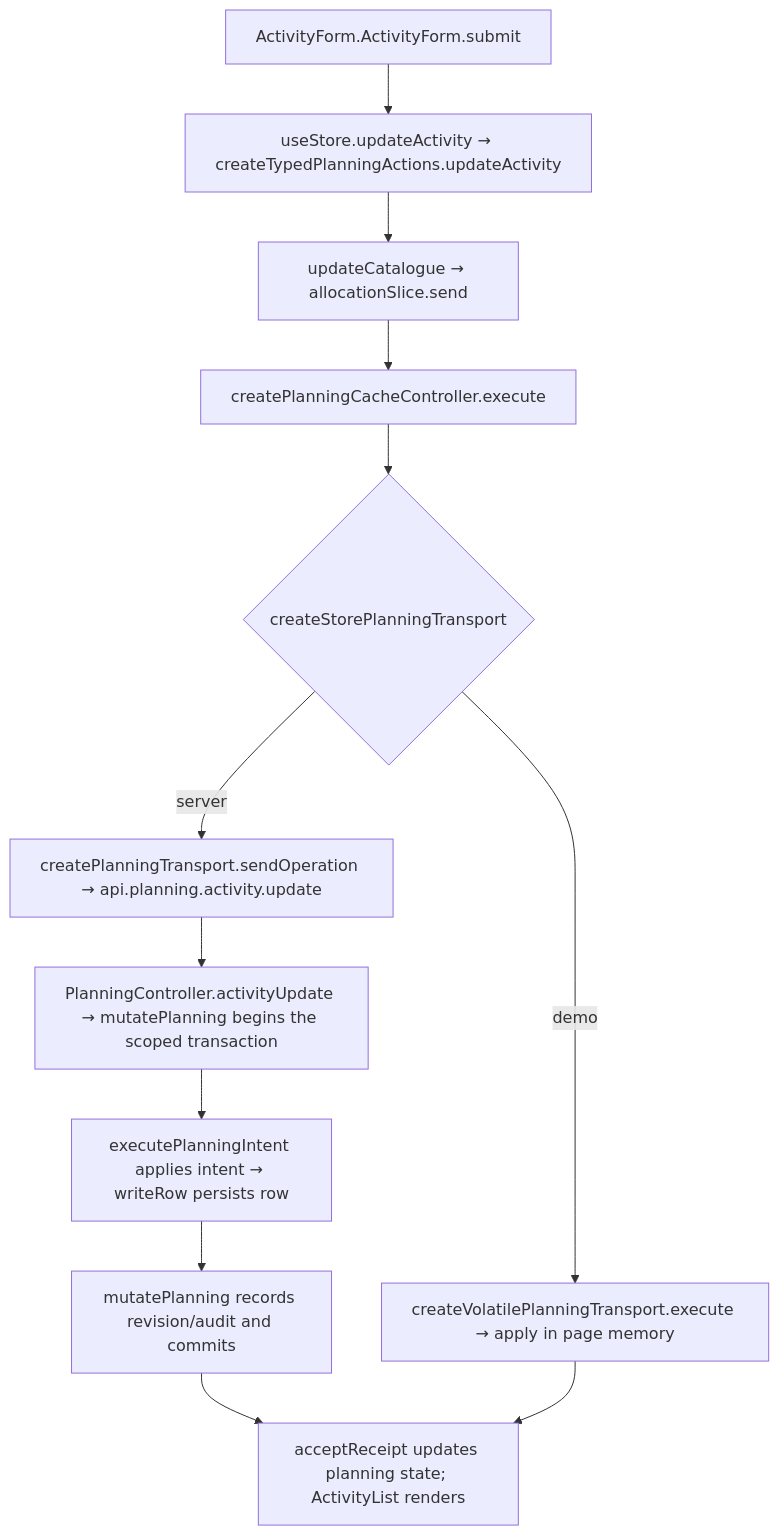
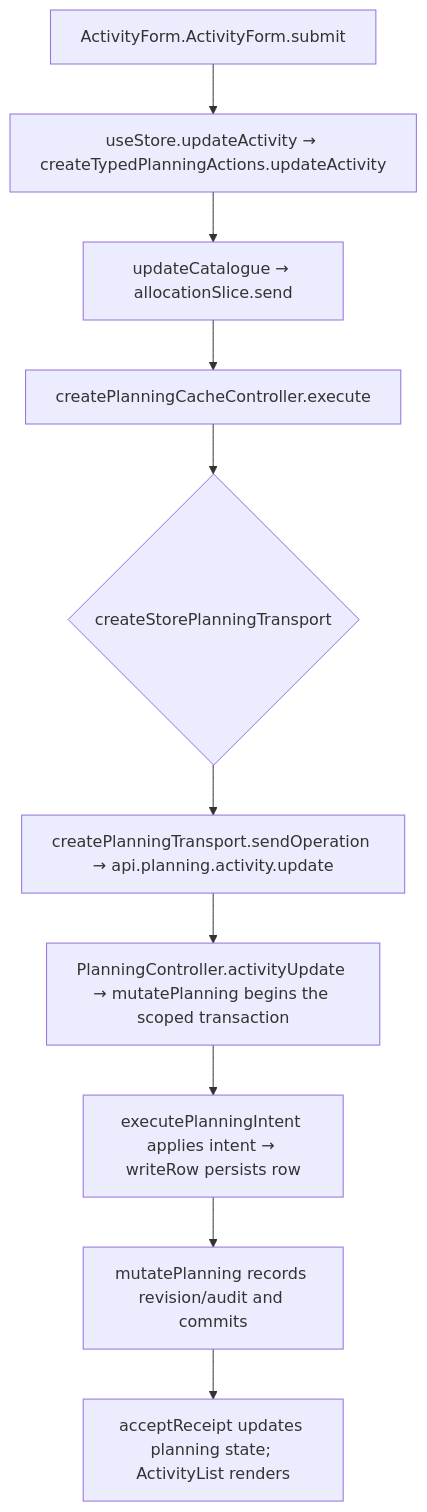
One commit to Kevinjohn/capacitylens changed the second of 2 diagrams in user-stories/activities/US-ACT-03-edit-activity.md. Above: the diagram before and after it, drawn with Mermaid. The commit also changed other lines of this file and 343 other files, not shown here.

Commit message:
feat: use server-owned company planning and a disposable development demo

````diff
--- a/user-stories/activities/US-ACT-03-edit-activity.md
+++ b/user-stories/activities/US-ACT-03-edit-activity.md
@@ -39,9 +39,8 @@
 ```mermaid
 flowchart TD
   A["ActivityForm.ActivityForm.submit"] --> B["useStore.updateActivity → createTypedPlanningActions.updateActivity"]
   B --> C["updateCatalogue → allocationSlice.send"]
   C --> D["createPlanningCacheController.execute"] --> E{"createStorePlanningTransport"}
-  E -->|server| F["createPlanningTransport.sendOperation → api.planning.activity.update"] --> G["PlanningController.activityUpdate → mutatePlanning begins the scoped transaction"]
+  E --> F["createPlanningTransport.sendOperation → api.planning.activity.update"] --> G["PlanningController.activityUpdate → mutatePlanning begins the scoped transaction"]
   G --> H["executePlanningIntent applies intent → writeRow persists row"] --> K["mutatePlanning records revision/audit and commits"] --> J["acceptReceipt updates planning state; ActivityList renders"]
-  E -->|demo| I["createVolatilePlanningTransport.execute → apply in page memory"] --> J
 ```
````
